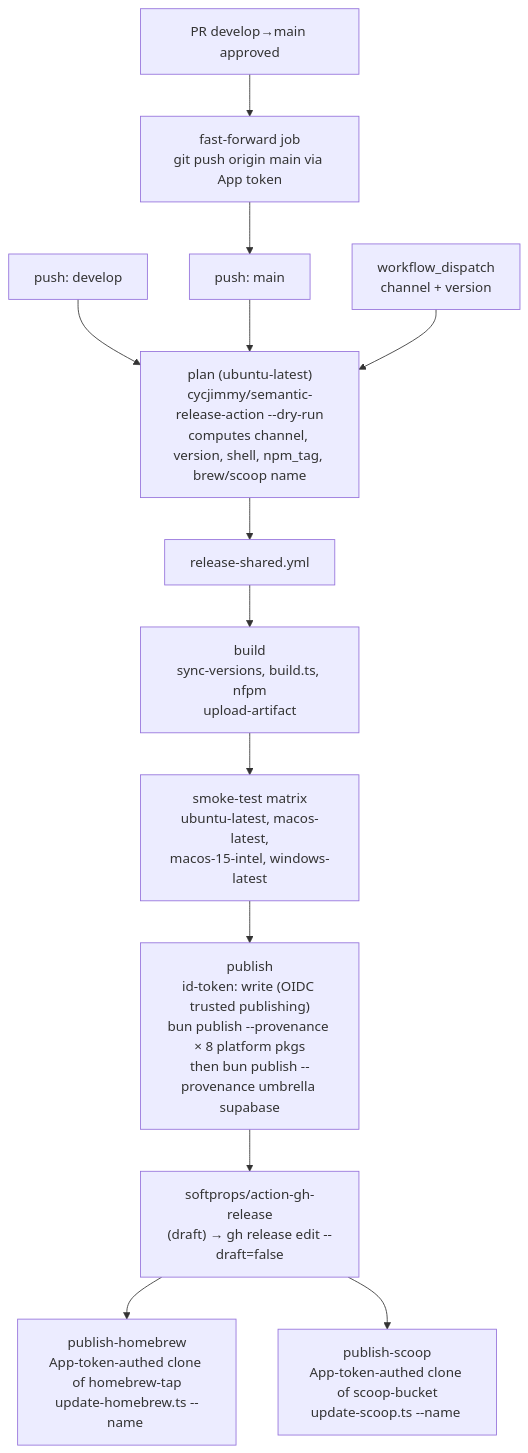
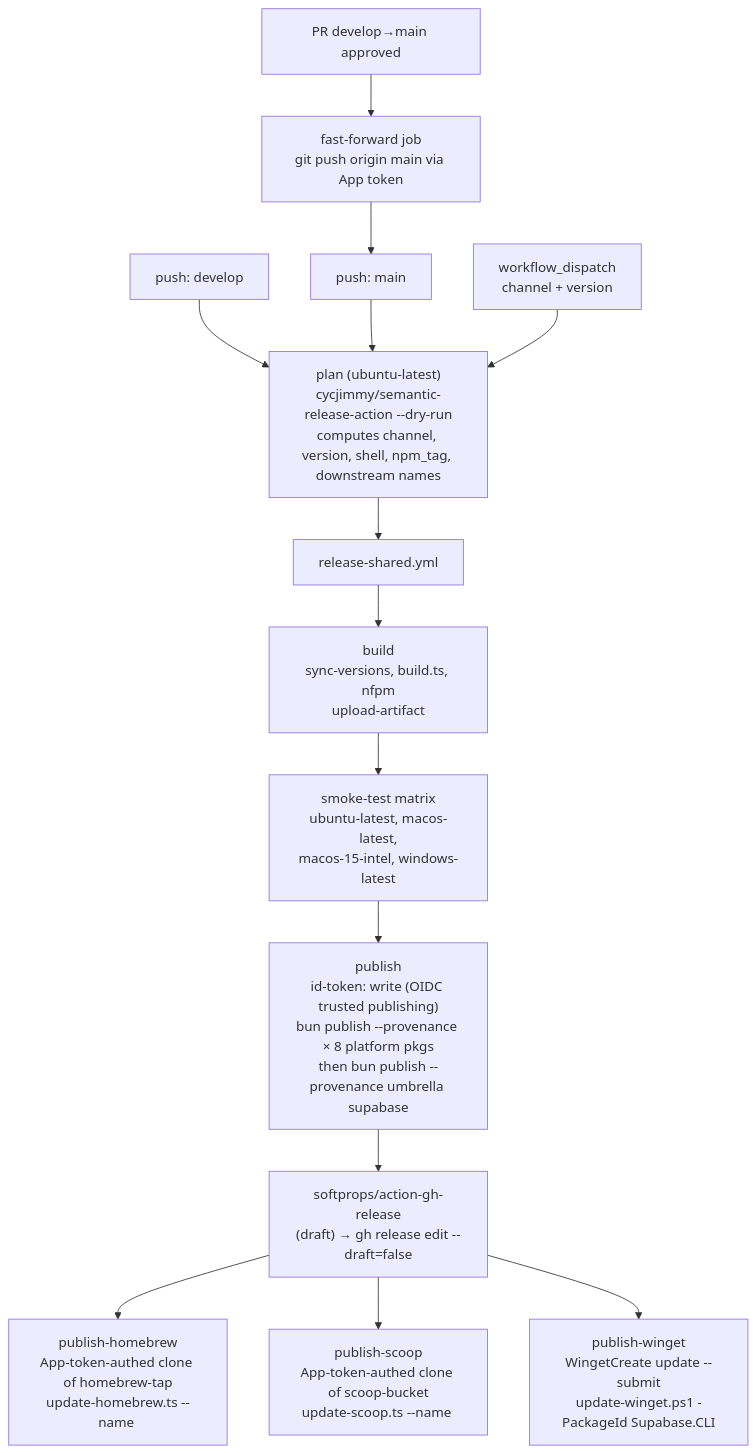
One commit to supabase/cli changed the second of 2 diagrams in apps/cli/docs/release-process.md. Above: the diagram before and after it, drawn with Mermaid. The commit also changed other lines of this file and 6 other files, not shown here.

Commit message:
chore(cli): support Winget publishing

````diff
--- a/apps/cli/docs/release-process.md
+++ b/apps/cli/docs/release-process.md
@@ -225,19 +228,20 @@
 ```mermaid
 flowchart TD
     pushDev[push: develop] --> plan
     pushMain[push: main] --> plan
     pr[PR develop→main approved] --> ff[fast-forward job<br/>git push origin main via App token]
     ff --> pushMain
     dispatch[workflow_dispatch<br/>channel + version] --> plan
 
-    plan["plan (ubuntu-latest)<br/>cycjimmy/semantic-release-action --dry-run<br/>computes channel, version, shell, npm_tag, brew/scoop name"]
+    plan["plan (ubuntu-latest)<br/>cycjimmy/semantic-release-action --dry-run<br/>computes channel, version, shell, npm_tag, downstream names"]
     plan --> shared
 
     shared["release-shared.yml"]
     shared --> build["build<br/>sync-versions, build.ts, nfpm<br/>upload-artifact"]
     build --> smoke["smoke-test matrix<br/>ubuntu-latest, macos-latest,<br/>macos-15-intel, windows-latest"]
     smoke --> pub["publish<br/>id-token: write (OIDC trusted publishing)<br/>bun publish --provenance × 8 platform pkgs<br/>then bun publish --provenance umbrella supabase"]
     pub --> rel["softprops/action-gh-release<br/>(draft) → gh release edit --draft=false"]
     rel --> hb["publish-homebrew<br/>App-token-authed clone of homebrew-tap<br/>update-homebrew.ts --name <brew_name>"]
     rel --> sc["publish-scoop<br/>App-token-authed clone of scoop-bucket<br/>update-scoop.ts --name <scoop_name>"]
+    rel --> wg["publish-winget<br/>WingetCreate update --submit<br/>update-winget.ps1 -PackageId Supabase.CLI"]
 ```
````
